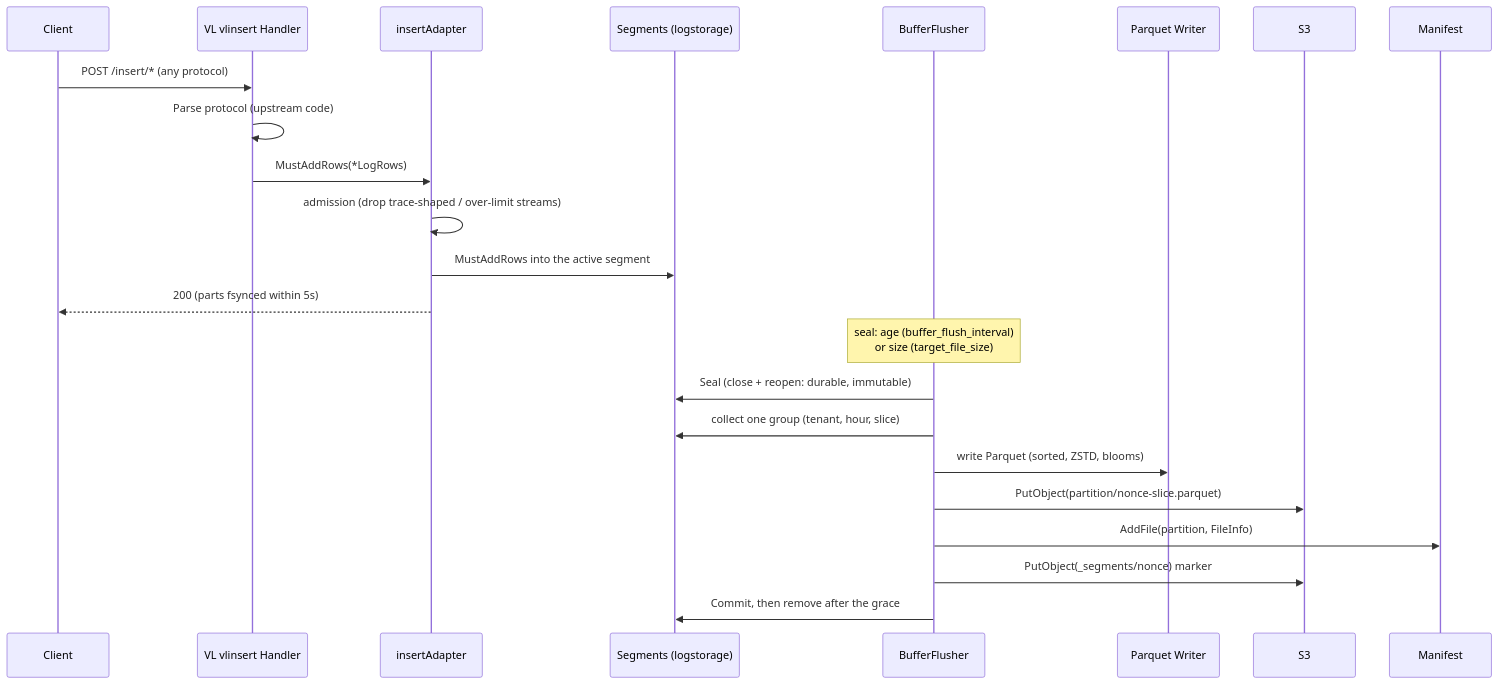
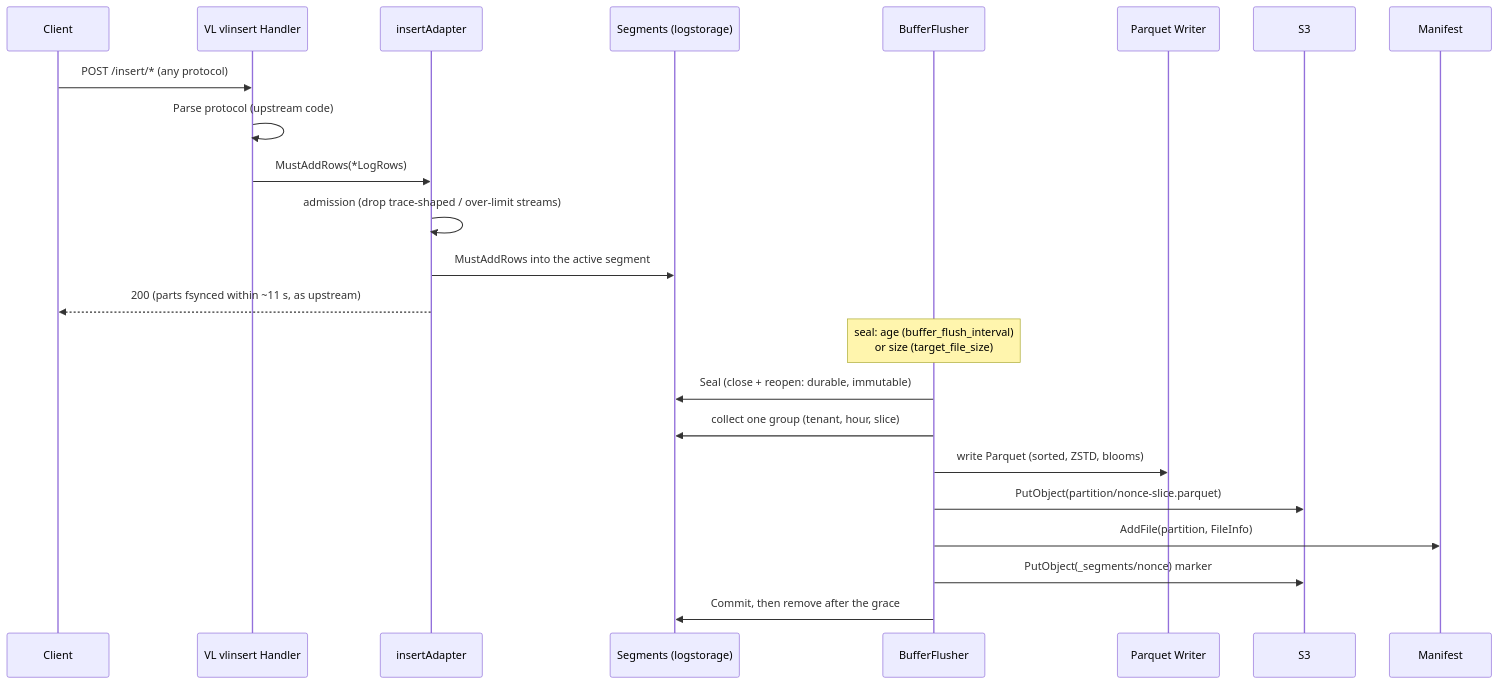
Before and after one commit to ReliablyObserve/victoria-lakehouse: the second of 17 diagrams in docs/storage-flow.md, drawn with Mermaid. The commit also changed 11 other files, not shown here.

````diff
--- a/docs/storage-flow.md
+++ b/docs/storage-flow.md
@@ -46,28 +46,28 @@
 ```mermaid
 sequenceDiagram
     participant C as Client
     participant VLH as VL vlinsert Handler
     participant A as insertAdapter
     participant SEG as Segments (logstorage)
     participant F as BufferFlusher
     participant PW as Parquet Writer
     participant S3 as S3
     participant M as Manifest
 
     C->>VLH: POST /insert/* (any protocol)
     VLH->>VLH: Parse protocol (upstream code)
     VLH->>A: MustAddRows(*LogRows)
     A->>A: admission (drop trace-shaped / over-limit streams)
     A->>SEG: MustAddRows into the active segment
-    A-->>C: 200 (parts fsynced within 5s)
+    A-->>C: 200 (parts fsynced within ~11 s, as upstream)
 
     Note over F: seal: age (buffer_flush_interval)<br/>or size (target_file_size)
 
     F->>SEG: Seal (close + reopen: durable, immutable)
     F->>SEG: collect one group (tenant, hour, slice)
     F->>PW: write Parquet (sorted, ZSTD, blooms)
     F->>S3: PutObject(partition/nonce-slice.parquet)
     F->>M: AddFile(partition, FileInfo)
     F->>S3: PutObject(_segments/nonce) marker
     F->>SEG: Commit, then remove after the grace
 ```
````
